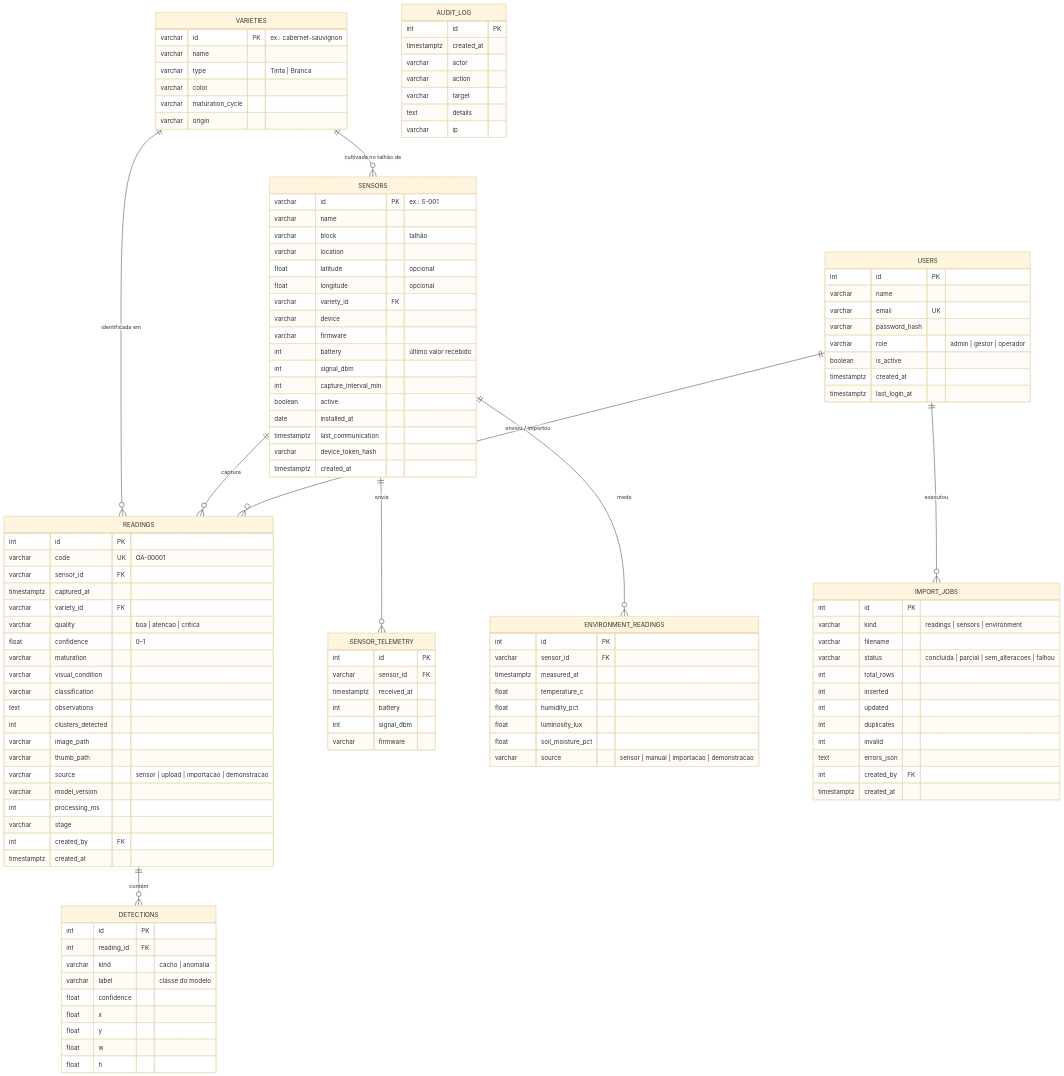
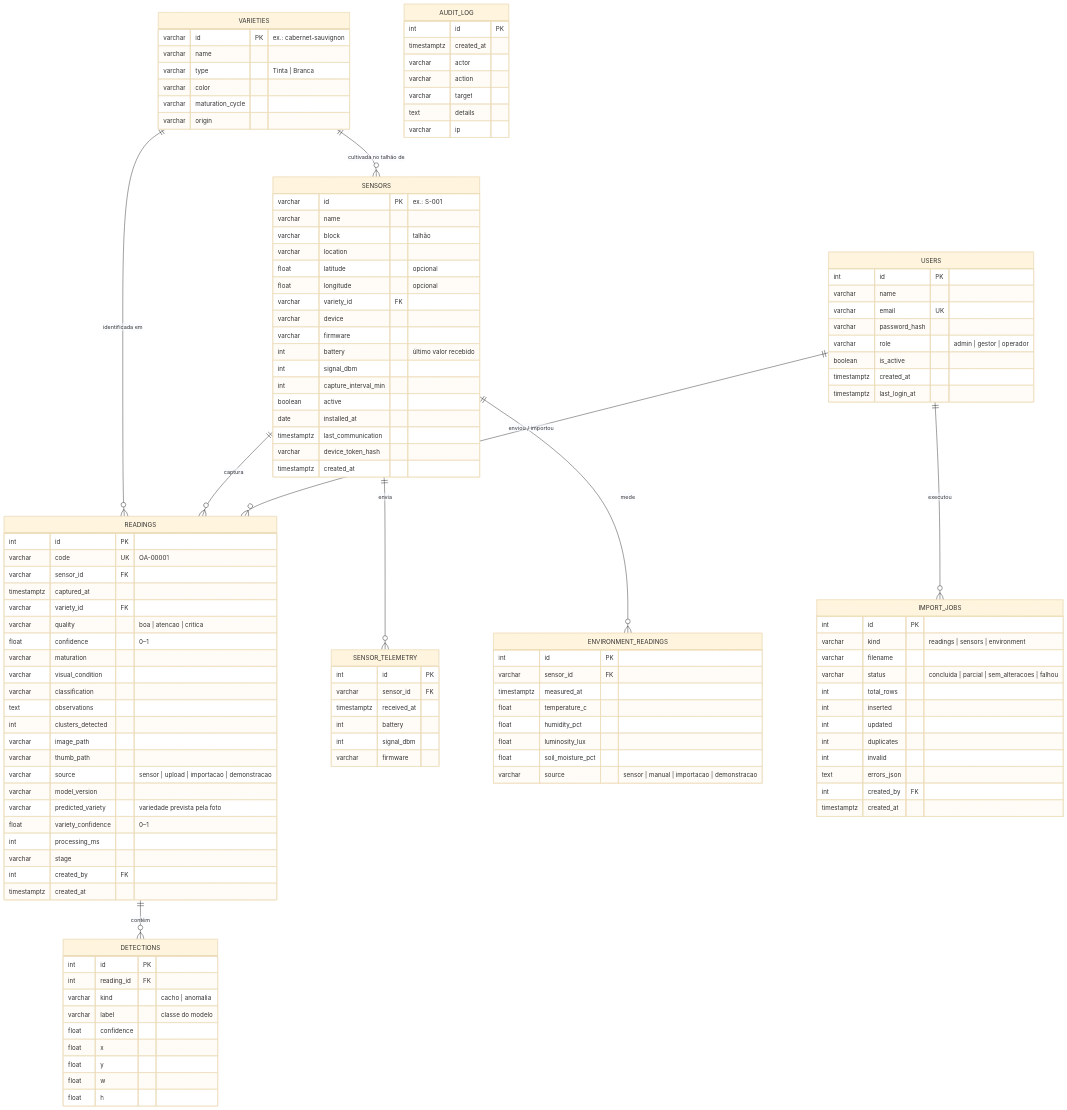
One commit to PI-2026-2-Vinicola/Vinicola-bd changed the diagram in docs/modelo-de-dados.md. Above: the diagram before and after it, drawn with Mermaid (base theme). The commit also changed other lines of this file and 5 other files, not shown here.

First line of the commit message:
feat: colunas da variedade prevista pela foto nas leituras

```diff
--- a/docs/modelo-de-dados.md
+++ b/docs/modelo-de-dados.md
@@ -73,6 +73,8 @@
         varchar thumb_path
         varchar source "sensor | upload | importacao | demonstracao"
         varchar model_version
+        varchar predicted_variety "variedade prevista pela foto"
+        float variety_confidence "0–1"
         int processing_ms
         varchar stage
         int created_by FK
```
